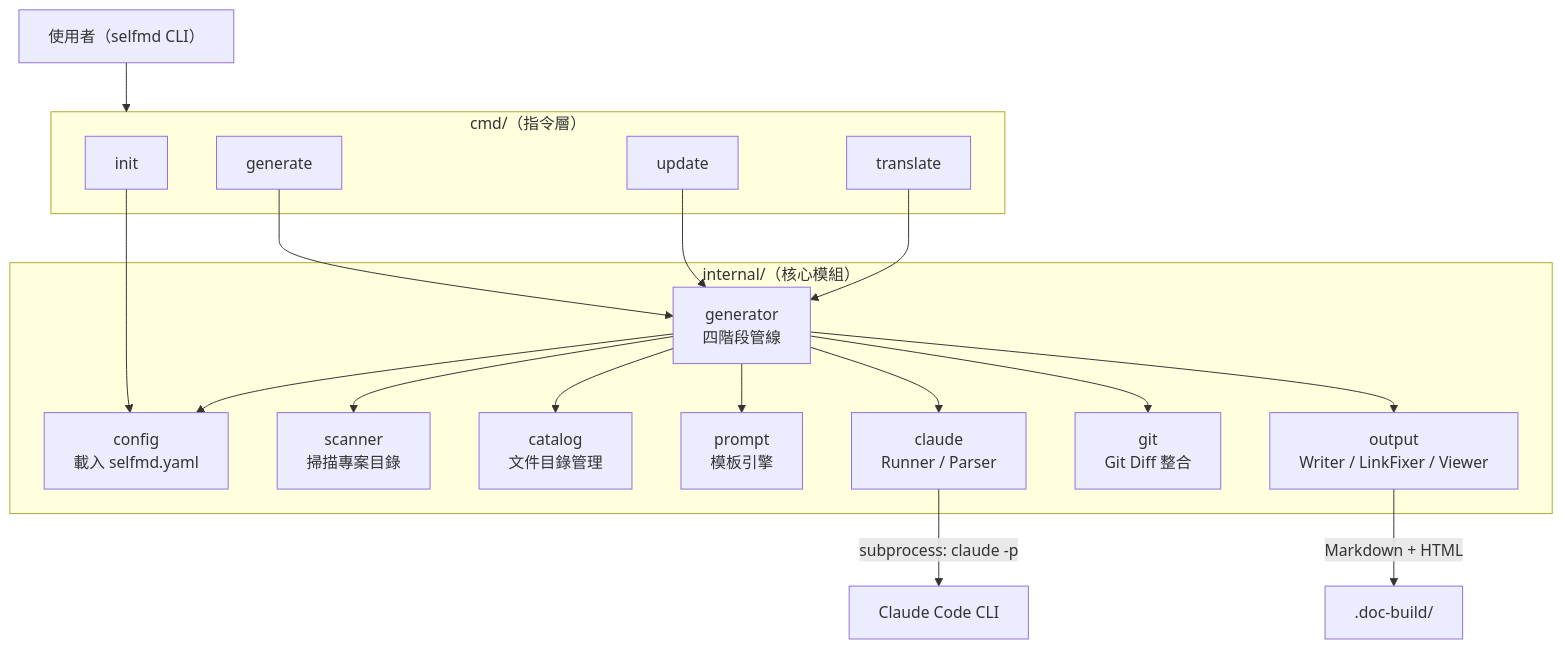
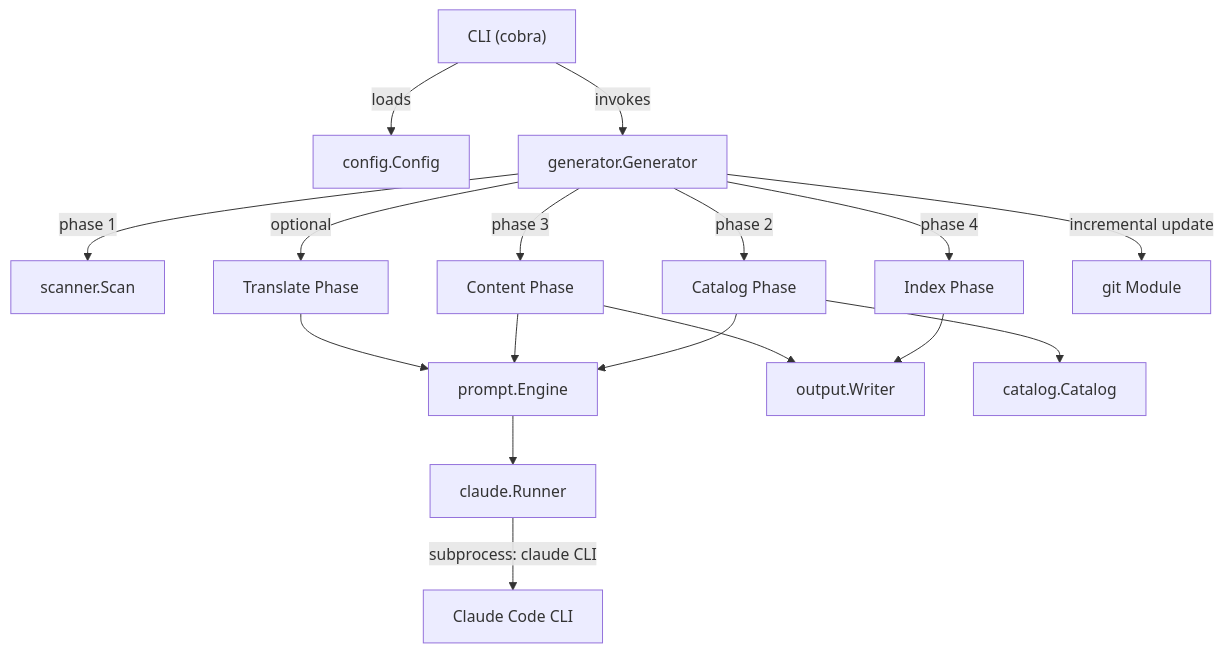
The first of 2 diagrams in docs/overview/introduction/index.md (monkenWu/selfmd-claude-code), drawn with Mermaid before and after one commit. The commit also changed other lines of this file and 145 other files, not shown here.

````diff
--- a/docs/overview/introduction/index.md
+++ b/docs/overview/introduction/index.md
@@ -32,39 +28,33 @@
 ```mermaid
 flowchart TD
-    User["使用者（selfmd CLI）"]
+    CLI["CLI (cobra)"]
+    Config["config.Config"]
+    Scanner["scanner.Scan"]
+    Generator["generator.Generator"]
+    CatalogPhase["Catalog Phase"]
+    ContentPhase["Content Phase"]
+    IndexPhase["Index Phase"]
+    TranslatePhase["Translate Phase"]
+    PromptEngine["prompt.Engine"]
+    ClaudeRunner["claude.Runner"]
+    OutputWriter["output.Writer"]
+    GitModule["git Module"]
+    CatalogManager["catalog.Catalog"]
 
-    subgraph cmd["cmd/（指令層）"]
-        CmdInit["init"]
-        CmdGen["generate"]
-        CmdUpdate["update"]
-        CmdTrans["translate"]
-    end
-
-    subgraph internal["internal/（核心模組）"]
-        Config["config\n載入 selfmd.yaml"]
-        Scanner["scanner\n掃描專案目錄"]
-        Catalog["catalog\n文件目錄管理"]
-        Prompt["prompt\n模板引擎"]
-        ClaudeRunner["claude\nRunner / Parser"]
-        Generator["generator\n四階段管線"]
-        Git["git\nGit Diff 整合"]
-        Output["output\nWriter / LinkFixer / Viewer"]
-    end
-
-    User --> cmd
-    CmdGen --> Generator
-    CmdUpdate --> Generator
-    CmdTrans --> Generator
-    CmdInit --> Config
-
-    Generator --> Config
-    Generator --> Scanner
-    Generator --> Catalog
-    Generator --> Prompt
-    Generator --> ClaudeRunner
-    Generator --> Git
-    Generator --> Output
-
-    ClaudeRunner -->|"subprocess: claude -p"| AI["Claude Code CLI"]
-    Output -->|"Markdown + HTML"| DocBuild[".doc-build/"]
+    CLI -->|"loads"| Config
+    CLI -->|"invokes"| Generator
+    Generator -->|"phase 1"| Scanner
+    Generator -->|"phase 2"| CatalogPhase
+    Generator -->|"phase 3"| ContentPhase
+    Generator -->|"phase 4"| IndexPhase
+    Generator -->|"optional"| TranslatePhase
+    CatalogPhase --> PromptEngine
+    ContentPhase --> PromptEngine
+    IndexPhase --> OutputWriter
+    TranslatePhase --> PromptEngine
+    PromptEngine --> ClaudeRunner
+    ClaudeRunner -->|"subprocess: claude CLI"| Claude["Claude Code CLI"]
+    CatalogPhase --> CatalogManager
+    ContentPhase --> OutputWriter
+    Generator -->|"incremental update"| GitModule
 ```
````
